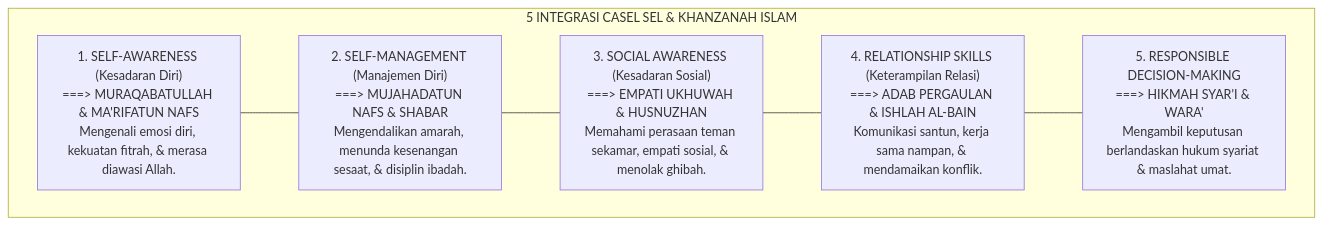
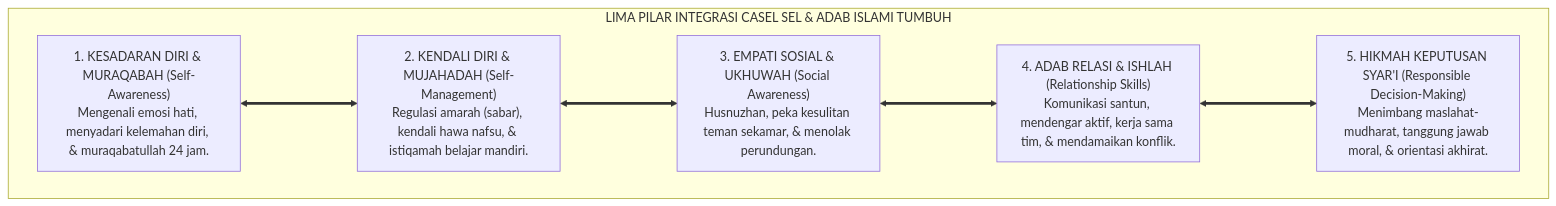
One commit to wandiapriliyandi/tumbuh changed the second of 3 diagrams in 02 Principles/04 Development Principles/P2-04-04-Prinsip-Integrasi-CASEL-SEL-dan-Karakter-Islami.md. Above: the diagram before and after it, drawn with Mermaid. The commit also changed other lines of this file and 7 other files, not shown here.

````diff
--- a/02 Principles/04 Development Principles/P2-04-04-Prinsip-Integrasi-CASEL-SEL-dan-Karakter-Islami.md
+++ b/02 Principles/04 Development Principles/P2-04-04-Prinsip-Integrasi-CASEL-SEL-dan-Karakter-Islami.md
@@ -108,16 +115,17 @@
 ```mermaid
-graph TD
-    subgraph LimaKompetensiCASELdanTurats["5 INTEGRASI CASEL SEL & KHANZANAH ISLAM"]
-        K1["1. SELF-AWARENESS (Kesadaran Diri)<br/>===> MURAQABATULLAH & MA'RIFATUN NAFS<br/>Mengenali emosi diri, kekuatan fitrah, & merasa diawasi Allah."]
+flowchart TD
+    subgraph ArsitekturSEL_TUMBUH["LIMA PILAR INTEGRASI CASEL SEL & ADAB ISLAMI TUMBUH"]
         
-        K2["2. SELF-MANAGEMENT (Manajemen Diri)<br/>===> MUJAHADATUN NAFS & SHABAR<br/>Mengendalikan amarah, menunda kesenangan sesaat, & disiplin ibadah."]
+        K1["1. KESADARAN DIRI & MURAQABAH (Self-Awareness)<br/>Mengenali emosi hati, menyadari kelemahan diri, & muraqabatullah 24 jam."]
         
-        K3["3. SOCIAL AWARENESS (Kesadaran Sosial)<br/>===> EMPATI UKHUWAH & HUSNUZHAN<br/>Memahami perasaan teman sekamar, empati sosial, & menolak ghibah."]
+        K2["2. KENDALI DIRI & MUJAHADAH (Self-Management)<br/>Regulasi amarah (sabar), kendali hawa nafsu, & istiqamah belajar mandiri."]
         
-        K4["4. RELATIONSHIP SKILLS (Keterampilan Relasi)<br/>===> ADAB PERGAULAN & ISHLAH AL-BAIN<br/>Komunikasi santun, kerja sama nampan, & mendamaikan konflik."]
+        K3["3. EMPATI SOSIAL & UKHUWAH (Social Awareness)<br/>Husnuzhan, peka kesulitan teman sekamar, & menolak perundungan."]
         
-        K5["5. RESPONSIBLE DECISION-MAKING<br/>===> HIKMAH SYAR'I & WARA'<br/>Mengambil keputusan berlandaskan hukum syariat & maslahat umat."]
+        K4["4. ADAB RELASI & ISHLAH (Relationship Skills)<br/>Komunikasi santun, mendengar aktif, kerja sama tim, & mendamaikan konflik."]
         
-        K1 --- K2 --- K3 --- K4 --- K5
+        K5["5. HIKMAH KEPUTUSAN SYAR'I (Responsible Decision-Making)<br/>Menimbang maslahat-mudharat, tanggung jawab moral, & orientasi akhirat."]
+        
+        K1 <===> K2 <===> K3 <===> K4 <===> K5
     end
 ```
````
